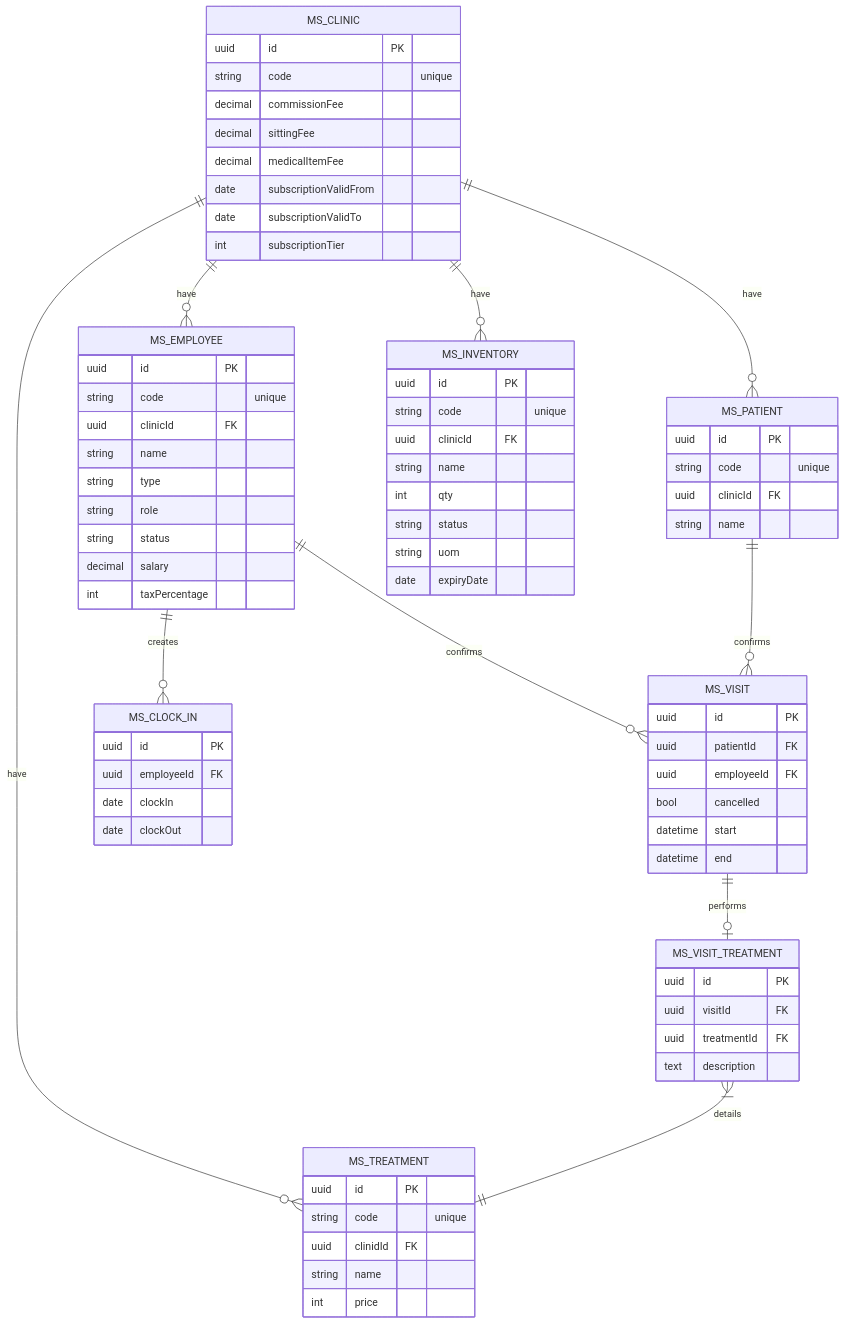
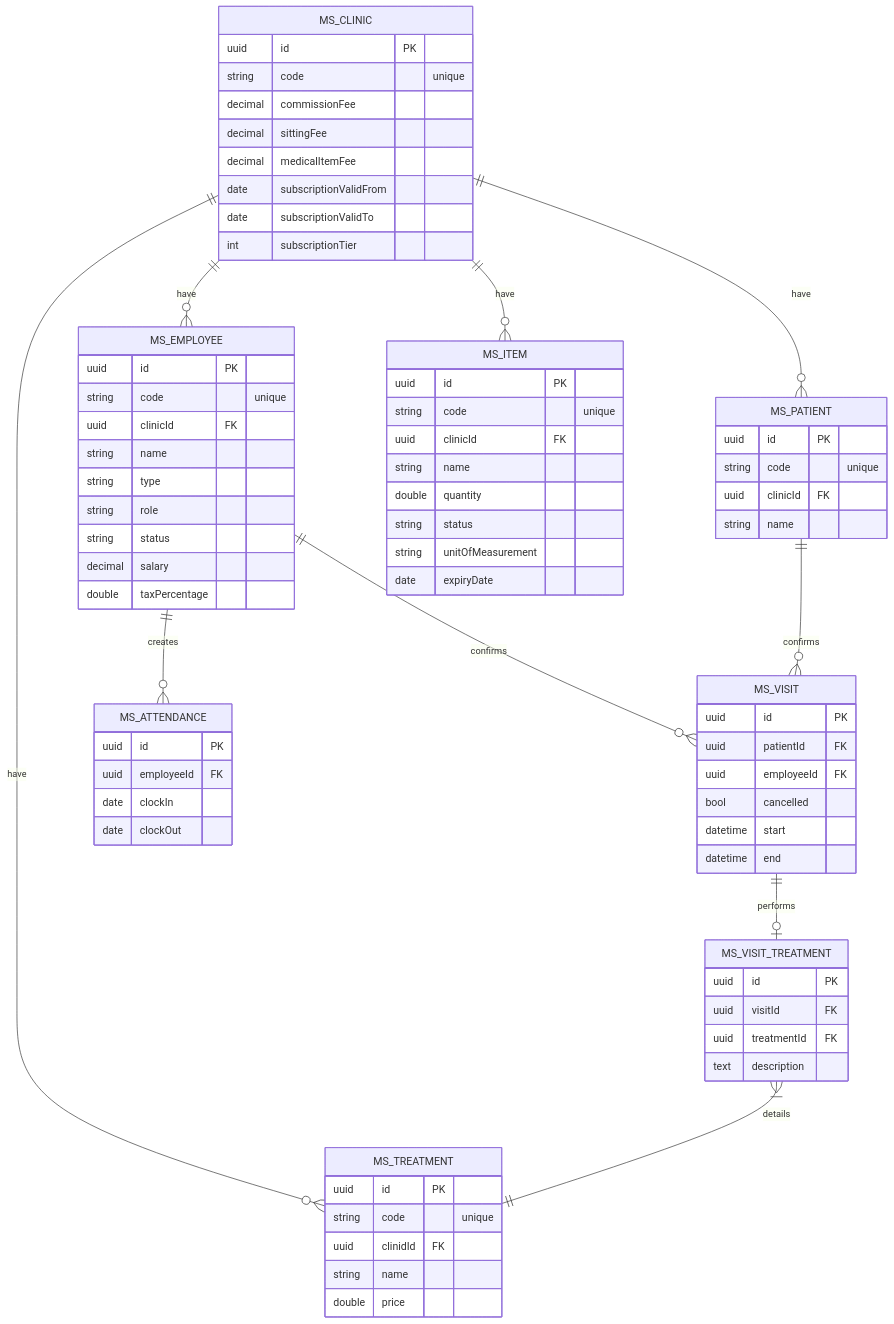
Before and after one commit to acemint/x-admin-backend: the diagram in docs/erd.md, drawn with Mermaid.

Commit message:
refactor: rename the table to match the concept
- renamed inventory to item
- renamed clock_in to attendance
- change the data type to double (just in case would like to support international transaction or dollars)

````diff
--- a/docs/erd.md
+++ b/docs/erd.md
@@ -1,77 +1,77 @@
 ```mermaid
 erDiagram
     MS_CLINIC ||--o{ MS_EMPLOYEE : have
     MS_CLINIC ||--o{ MS_PATIENT : have
     MS_CLINIC ||--o{ MS_TREATMENT : have
-    MS_CLINIC ||--o{ MS_INVENTORY : have
+    MS_CLINIC ||--o{ MS_ITEM : have
     MS_EMPLOYEE ||--o{ MS_VISIT : confirms
-    MS_EMPLOYEE ||--o{ MS_CLOCK_IN : creates
+    MS_EMPLOYEE ||--o{ MS_ATTENDANCE : creates
     MS_PATIENT ||--o{ MS_VISIT : confirms
     MS_VISIT ||--o| MS_VISIT_TREATMENT : performs
     MS_VISIT_TREATMENT }|--|| MS_TREATMENT : details
     
     MS_CLINIC { 
         uuid id PK
         string code "unique" 
         decimal commissionFee 
         decimal sittingFee
         decimal medicalItemFee
         date subscriptionValidFrom
         date subscriptionValidTo
         int subscriptionTier
     }
     MS_EMPLOYEE {
         uuid id PK
         string code "unique"
         uuid clinicId FK
         string name
         string type
         string role
         string status
         decimal salary
-        int taxPercentage
+        double taxPercentage
     }
     MS_PATIENT {
         uuid id PK
         string code "unique"
         uuid clinicId FK
         string name   
     }
     MS_VISIT {
         uuid id PK
         uuid patientId FK
         uuid employeeId FK
         bool cancelled
         datetime start
         datetime end 
     }
-    MS_CLOCK_IN {
+    MS_ATTENDANCE {
         uuid id PK
         uuid employeeId FK
         date clockIn
         date clockOut
     }
     MS_TREATMENT {
         uuid id PK
         string code "unique"
         uuid clinidId FK
         string name 
-        int price
+        double price
     }
-    MS_INVENTORY {
+    MS_ITEM {
         uuid id PK 
         string code "unique"
         uuid clinicId FK
         string name
-        int qty
+        double quantity
         string status
-        string uom
+        string unitOfMeasurement
         date expiryDate
     }
     MS_VISIT_TREATMENT {
         uuid id PK
         uuid visitId FK
         uuid treatmentId FK
         text description
     }
 ```
````
